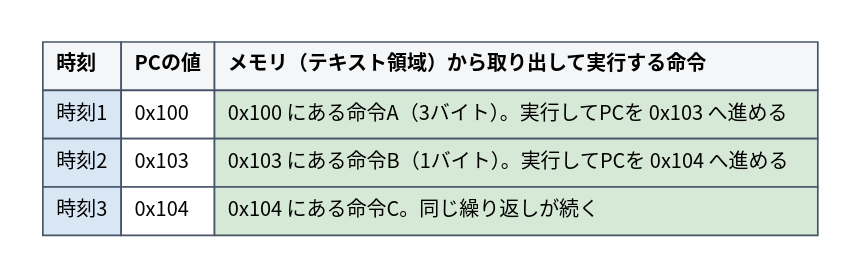
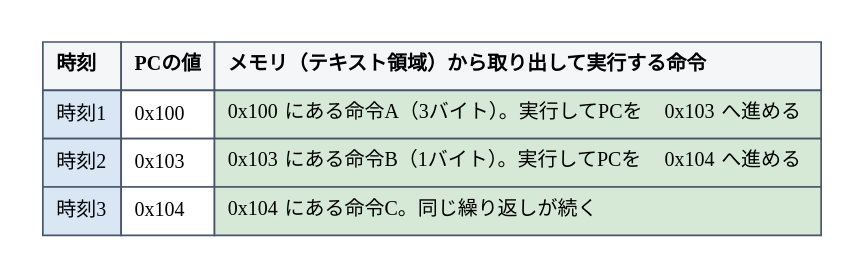
The diagram in diagrams/go-ebpf-primer/20260820-fetch-execute-loop.dot (ymotongpoo/zenn.dev), drawn with Graphviz before and after one commit. The commit also changed 109 other files, not shown here.

First line of the commit message:
change: 図のフォントをIBM Plex Sans JP / Poppins / JetBrains Monoに整理

```diff
--- a/diagrams/go-ebpf-primer/20260820-fetch-execute-loop.dot
+++ b/diagrams/go-ebpf-primer/20260820-fetch-execute-loop.dot
@@ -1,35 +1,35 @@
 // CPUは命令を1つずつ実行する
 digraph fetch_execute_loop {
   graph [
-    fontname="Harano Aji Gothic,Noto Sans CJK JP,IPAGothic", fontsize=13,
+    fontname="IBM Plex Sans JP", fontsize=13,
     splines=ortho,
     bgcolor="white", pad=0.25
   ];
   node [
-    fontname="Harano Aji Gothic,Noto Sans CJK JP,IPAGothic", fontsize=12,
+    fontname="IBM Plex Sans JP", fontsize=12,
     shape=box, style="rounded,filled",
     fillcolor="#F1F5F9", color="#475569", penwidth=1.6,
     margin="0.2,0.14"
   ];
   edge [
-    fontname="Harano Aji Gothic,Noto Sans CJK JP,IPAGothic", fontsize=11,
+    fontname="IBM Plex Sans JP", fontsize=11,
     color="#334155", penwidth=1.4, arrowsize=0.9,
     fontcolor="#1E293B"
   ];
 
   loop [shape=plain, style="", label=<
     <table border="0" cellborder="1" cellspacing="0" cellpadding="7" color="#475569">
       <tr><td align="left" bgcolor="#F4F6F8"><b>時刻</b></td>
           <td align="left" bgcolor="#F4F6F8"><b>PCの値</b></td>
           <td align="left" bgcolor="#F4F6F8"><b>メモリ（テキスト領域）から取り出して実行する命令</b></td></tr>
       <tr><td align="left" bgcolor="#D9E7F4">時刻1</td>
-          <td align="left" bgcolor="#FFFFFF">0x100</td>
-          <td align="left" bgcolor="#D6E8D6">0x100 にある命令A（3バイト）。実行してPCを 0x103 へ進める</td></tr>
+          <td align="left" bgcolor="#FFFFFF"><font face="JetBrains Mono">0x100</font></td>
+          <td align="left" bgcolor="#D6E8D6"><font face="JetBrains Mono">0x100</font> にある命令A（3バイト）。実行してPCを <font face="JetBrains Mono">0x103</font> へ進める</td></tr>
       <tr><td align="left" bgcolor="#D9E7F4">時刻2</td>
-          <td align="left" bgcolor="#FFFFFF">0x103</td>
-          <td align="left" bgcolor="#D6E8D6">0x103 にある命令B（1バイト）。実行してPCを 0x104 へ進める</td></tr>
+          <td align="left" bgcolor="#FFFFFF"><font face="JetBrains Mono">0x103</font></td>
+          <td align="left" bgcolor="#D6E8D6"><font face="JetBrains Mono">0x103</font> にある命令B（1バイト）。実行してPCを <font face="JetBrains Mono">0x104</font> へ進める</td></tr>
       <tr><td align="left" bgcolor="#D9E7F4">時刻3</td>
-          <td align="left" bgcolor="#FFFFFF">0x104</td>
-          <td align="left" bgcolor="#D6E8D6">0x104 にある命令C。同じ繰り返しが続く</td></tr>
+          <td align="left" bgcolor="#FFFFFF"><font face="JetBrains Mono">0x104</font></td>
+          <td align="left" bgcolor="#D6E8D6"><font face="JetBrains Mono">0x104</font> にある命令C。同じ繰り返しが続く</td></tr>
     </table>>];
 }
```
